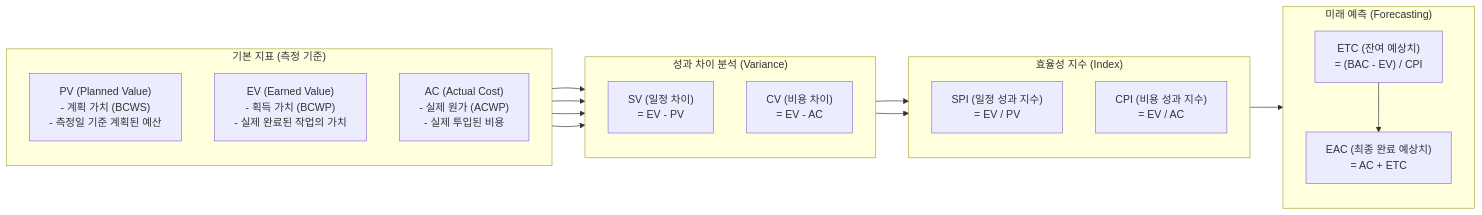
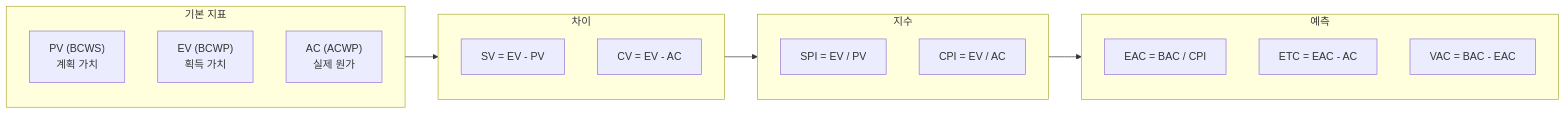
The diagram in content/01_IT Tech/EVM(Earned Value Management, 획득 가치 관리).md (supremethumb/supremethumb.github.io), drawn with Mermaid before and after one commit. The commit also changed other lines of this file and 1087 other files, not shown here.

````diff
--- a/content/01_IT Tech/EVM(Earned Value Management, 획득 가치 관리).md
+++ b/content/01_IT Tech/EVM(Earned Value Management, 획득 가치 관리).md
@@ -27,35 +36,26 @@
 ```mermaid
 flowchart LR
-    subgraph 기본 지표_입력항목["기본 지표 (측정 기준)"]
+    subgraph Base ["기본 지표"]
         direction TB
-        PV["PV (Planned Value)<br/>- 계획 가치 (BCWS)<br/>- 측정일 기준 계획된 예산"]
-        EV["EV (Earned Value)<br/>- 획득 가치 (BCWP)<br/>- 실제 완료된 작업의 가치"]
-        AC["AC (Actual Cost)<br/>- 실제 원가 (ACWP)<br/>- 실제 투입된 비용"]
+        PV["PV (BCWS)<br/>계획 가치"]
+        EV["EV (BCWP)<br/>획득 가치"]
+        AC["AC (ACWP)<br/>실제 원가"]
     end
-
-    subgraph 차이분석_절대값["성과 차이 분석 (Variance)"]
+    subgraph Var ["차이"]
         direction TB
-        SV["SV (일정 차이)<br/>= EV - PV"]
-        CV["CV (비용 차이)<br/>= EV - AC"]
+        SV["SV = EV - PV"]
+        CV["CV = EV - AC"]
     end
-
-    subgraph 효율성지수_비율["효율성 지수 (Index)"]
+    subgraph Idx ["지수"]
         direction TB
-        SPI["SPI (일정 성과 지수)<br/>= EV / PV"]
-        CPI["CPI (비용 성과 지수)<br/>= EV / AC"]
+        SPI["SPI = EV / PV"]
+        CPI["CPI = EV / AC"]
     end
-
-    subgraph 미래예측_전망["미래 예측 (Forecasting)"]
+    subgraph Fc ["예측"]
         direction TB
-        ETC["ETC (잔여 예상치)<br/>= (BAC - EV) / CPI"]
-        EAC["EAC (최종 완료 예상치)<br/>= AC + ETC"]
+        EAC["EAC = BAC / CPI"]
+        ETC["ETC = EAC - AC"]
+        VAC["VAC = BAC - EAC"]
     end
-
-    PV & EV --> SV
-    EV & AC --> CV
-    SV --> SPI
-    CV --> CPI
-    CPI --> ETC
-    ETC --> EAC
-
+    Base --> Var --> Idx --> Fc
 ```
````
